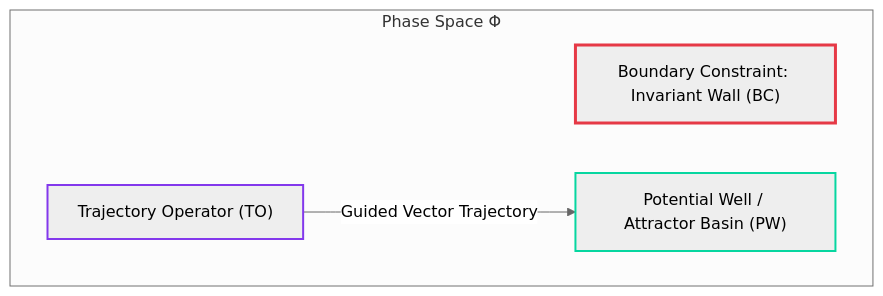
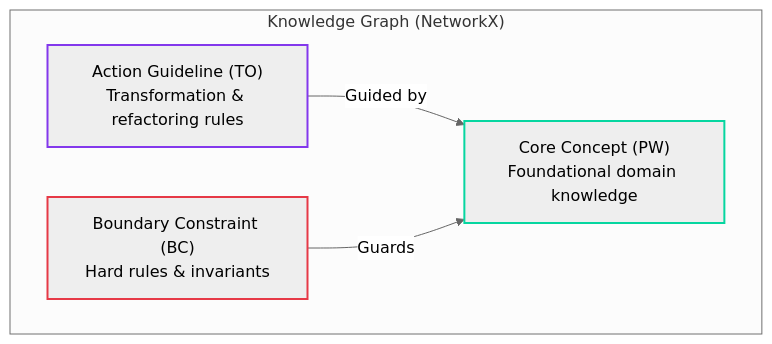
The second of 3 diagrams in content/axioms/theory.md (ghosoya/exocortex-garden), drawn with Mermaid (neutral theme) before and after one commit. The commit also changed other lines of this file and 10 other files, not shown here.

````diff
--- a/content/axioms/theory.md
+++ b/content/axioms/theory.md
@@ -74,15 +73,16 @@
 ```mermaid
 graph TD
-    subgraph PHASENRAUM ["Phase Space Φ"]
-        BC["Boundary Constraint: Invariant Wall (BC)"]
-        TO["Trajectory Operator (TO)"]
-        PW["Potential Well / Attractor Basin (PW)"]
+    subgraph GRAPH ["Knowledge Graph (NetworkX)"]
+        BC["Boundary Constraint (BC)<br/>Hard rules & invariants"]
+        TO["Action Guideline (TO)<br/>Transformation & refactoring rules"]
+        PW["Core Concept (PW)<br/>Foundational domain knowledge"]
         
-        TO -->|Guided Vector Trajectory| PW
+        TO -->|Guided by| PW
+        BC -->|Guards| PW
     end
     
-    style BC stroke:#e63946,stroke-width:3px
+    style BC stroke:#e63946,stroke-width:2px
     style PW stroke:#06d6a0,stroke-width:2px
     style TO stroke:#8338ec,stroke-width:2px
 
 ```
````
